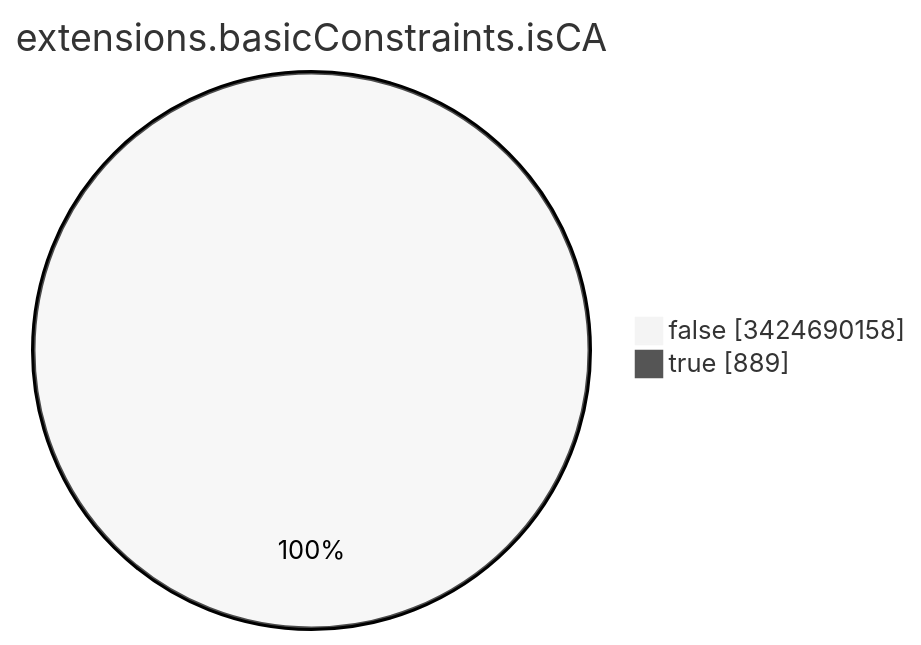
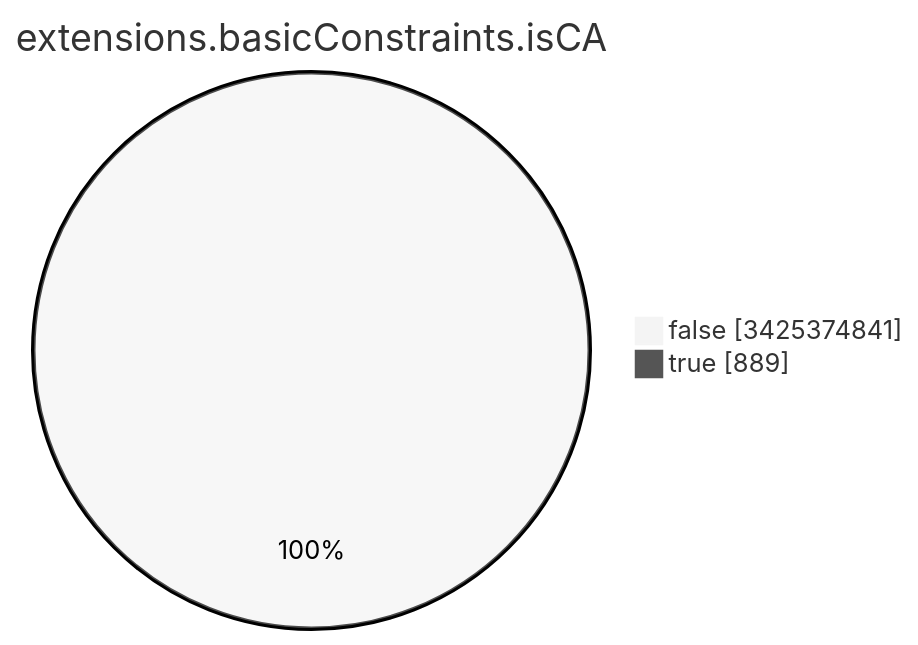
The seventh of 15 diagrams in TOTAL/README.md (christiankrug/ctmonitor_visualization), drawn with Mermaid (neutral theme) before and after one commit. The commit also changed other lines of this file, not shown here.

````diff
--- a/TOTAL/README.md
+++ b/TOTAL/README.md
@@ -3092,6 +3092,6 @@
 ```mermaid
 pie showData
 title extensions.basicConstraints.isCA
-"false" :3424690158
+"false" :3425374841
 "true" :889
 ```
````
